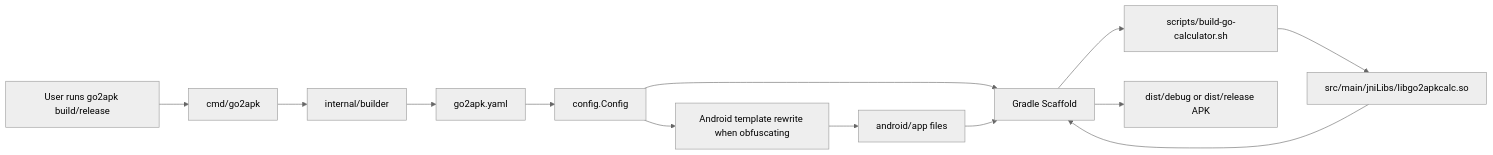
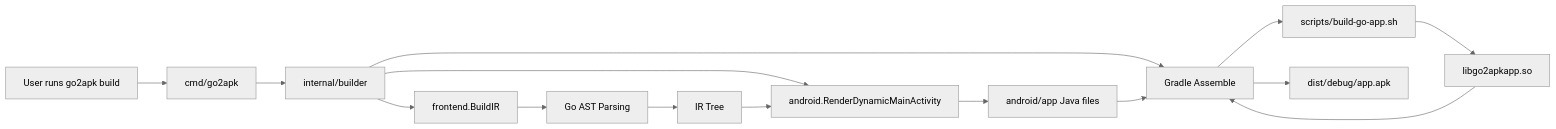
The second of 3 diagrams in WORKINGS.md (Baba01hacker666/Go2APK), drawn with Mermaid (neutral theme) before and after one commit. The commit also changed other lines of this file, not shown here.

Commit message:
docs: update WORKINGS.md for AST-based generic architecture

````diff
--- a/WORKINGS.md
+++ b/WORKINGS.md
@@ -571,15 +148,17 @@
 ```mermaid
 flowchart LR
-    User[User runs go2apk build/release] --> CLI[cmd/go2apk]
+    User[User runs go2apk build] --> CLI[cmd/go2apk]
     CLI --> Builder[internal/builder]
-    Builder --> ConfigFile[go2apk.yaml]
-    ConfigFile --> Config[config.Config]
-    Config --> Gradle[Gradle Scaffold]
-    Config --> AndroidTemplates[Android template rewrite when obfuscating]
-    AndroidTemplates --> AndroidProject[android/app files]
-    Gradle --> NativeScript[scripts/build-go-calculator.sh]
-    NativeScript --> NativeLibs[src/main/jniLibs/libgo2apkcalc.so]
+    Builder --> Frontend[frontend.BuildIR]
+    Frontend --> Parse[Go AST Parsing]
+    Parse --> IR[IR Tree]
+    Builder --> Dynamic[android.RenderDynamicMainActivity]
+    IR --> Dynamic
+    Dynamic --> AndroidProject[android/app Java files]
+    Builder --> Gradle[Gradle Assemble]
+    Gradle --> NativeScript[scripts/build-go-app.sh]
+    NativeScript --> NativeLibs[libgo2apkapp.so]
     NativeLibs --> Gradle
     AndroidProject --> Gradle
-    Gradle --> Dist[dist/debug or dist/release APK]
+    Gradle --> Dist[dist/debug/app.apk]
 ```
````
